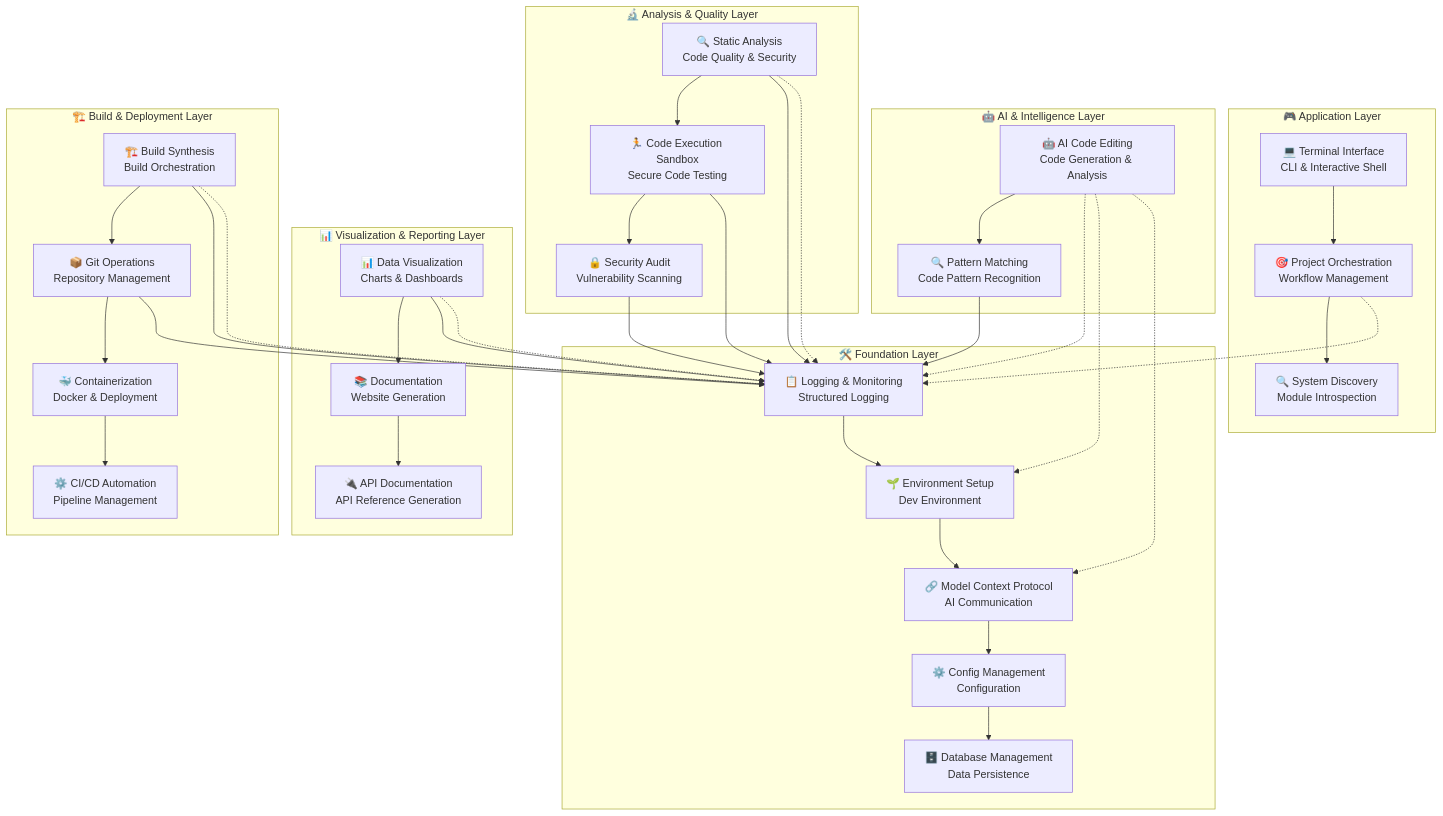
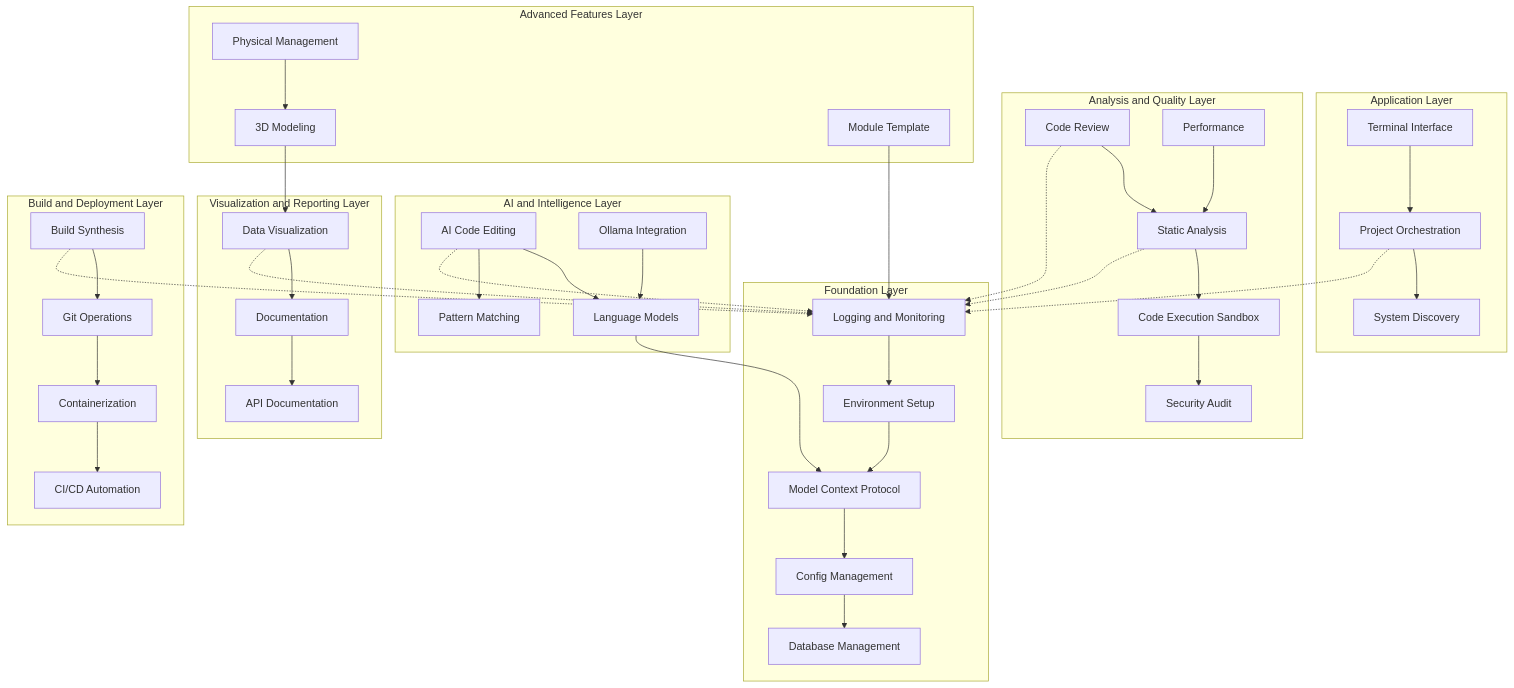
Before and after one commit to docxology/codomyrmex: the first of 2 diagrams in README.md, drawn with Mermaid. The commit also changed other lines of this file and 22 other files, not shown here.

````diff
--- a/README.md
+++ b/README.md
@@ -396,41 +553,51 @@
 ```mermaid
 graph TB
-    subgraph "🎮 Application Layer"
-        TerminalInterface["💻 Terminal Interface<br/>CLI & Interactive Shell"]
-        ProjectOrchestration["🎯 Project Orchestration<br/>Workflow Management"]
-        SystemDiscovery["🔍 System Discovery<br/>Module Introspection"]
+    subgraph applicationLayer [Application Layer]
+        TerminalInterface[Terminal Interface]
+        ProjectOrchestration[Project Orchestration]
+        SystemDiscovery[System Discovery]
     end
 
-    subgraph "🤖 AI & Intelligence Layer"
-        AICodeEditing["🤖 AI Code Editing<br/>Code Generation & Analysis"]
-        PatternMatching["🔍 Pattern Matching<br/>Code Pattern Recognition"]
+    subgraph aiLayer [AI and Intelligence Layer]
+        AICodeEditing[AI Code Editing]
+        PatternMatching[Pattern Matching]
+        LanguageModels[Language Models]
+        OllamaIntegration[Ollama Integration]
     end
 
-    subgraph "🔬 Analysis & Quality Layer"
-        StaticAnalysis["🔍 Static Analysis<br/>Code Quality & Security"]
-        CodeExecution["🏃 Code Execution Sandbox<br/>Secure Code Testing"]
-        SecurityAudit["🔒 Security Audit<br/>Vulnerability Scanning"]
+    subgraph analysisLayer [Analysis and Quality Layer]
+        StaticAnalysis[Static Analysis]
+        CodeExecution[Code Execution Sandbox]
+        SecurityAudit[Security Audit]
+        CodeReview[Code Review]
+        Performance[Performance]
     end
 
-    subgraph "📊 Visualization & Reporting Layer"
-        DataVisualization["📊 Data Visualization<br/>Charts & Dashboards"]
-        Documentation["📚 Documentation<br/>Website Generation"]
-        ApiDocumentation["🔌 API Documentation<br/>API Reference Generation"]
+    subgraph visualizationLayer [Visualization and Reporting Layer]
+        DataVisualization[Data Visualization]
+        Documentation[Documentation]
+        ApiDocumentation[API Documentation]
     end
 
-    subgraph "🏗️ Build & Deployment Layer"
-        BuildSynthesis["🏗️ Build Synthesis<br/>Build Orchestration"]
-        GitOperations["📦 Git Operations<br/>Repository Management"]
-        Containerization["🐳 Containerization<br/>Docker & Deployment"]
-        CiCdAutomation["⚙️ CI/CD Automation<br/>Pipeline Management"]
+    subgraph buildLayer [Build and Deployment Layer]
+        BuildSynthesis[Build Synthesis]
+        GitOperations[Git Operations]
+        Containerization[Containerization]
+        CiCdAutomation[CI/CD Automation]
     end
 
-    subgraph "🛠️ Foundation Layer"
-        LoggingMonitoring["📋 Logging & Monitoring<br/>Structured Logging"]
-        EnvironmentSetup["🌱 Environment Setup<br/>Dev Environment"]
-        ModelContextProtocol["🔗 Model Context Protocol<br/>AI Communication"]
-        ConfigManagement["⚙️ Config Management<br/>Configuration"]
-        DatabaseManagement["🗄️ Database Management<br/>Data Persistence"]
+    subgraph foundationLayer [Foundation Layer]
+        LoggingMonitoring[Logging and Monitoring]
+        EnvironmentSetup[Environment Setup]
+        ModelContextProtocol[Model Context Protocol]
+        ConfigManagement[Config Management]
+        DatabaseManagement[Database Management]
+    end
+
+    subgraph advancedLayer [Advanced Features Layer]
+        Modeling3D[3D Modeling]
+        PhysicalManagement[Physical Management]
+        ModuleTemplate[Module Template]
     end
 
     %% Application Layer Connections
@@ -438,27 +605,25 @@
     ProjectOrchestration --> SystemDiscovery
 
     %% AI Layer Connections
+    AICodeEditing --> LanguageModels
     AICodeEditing --> PatternMatching
-    PatternMatching --> LoggingMonitoring
+    OllamaIntegration --> LanguageModels
+    LanguageModels --> ModelContextProtocol
 
     %% Analysis Layer Connections
     StaticAnalysis --> CodeExecution
+    CodeReview --> StaticAnalysis
     CodeExecution --> SecurityAudit
-    StaticAnalysis --> LoggingMonitoring
-    CodeExecution --> LoggingMonitoring
-    SecurityAudit --> LoggingMonitoring
+    Performance --> StaticAnalysis
 
     %% Visualization Layer Connections
     DataVisualization --> Documentation
     Documentation --> ApiDocumentation
-    DataVisualization --> LoggingMonitoring
 
     %% Build Layer Connections
     BuildSynthesis --> GitOperations
     GitOperations --> Containerization
     Containerization --> CiCdAutomation
-    BuildSynthesis --> LoggingMonitoring
-    GitOperations --> LoggingMonitoring
 
     %% Foundation Layer Connections
     LoggingMonitoring --> EnvironmentSetup
@@ -466,13 +631,16 @@
     ModelContextProtocol --> ConfigManagement
     ConfigManagement --> DatabaseManagement
 
+    %% Advanced Layer Connections
+    Modeling3D --> DataVisualization
+    PhysicalManagement --> Modeling3D
+    ModuleTemplate --> LoggingMonitoring
+
     %% Cross-Layer Dependencies
     AICodeEditing -.-> LoggingMonitoring
-    AICodeEditing -.-> EnvironmentSetup
-    AICodeEditing -.-> ModelContextProtocol
-
     StaticAnalysis -.-> LoggingMonitoring
     DataVisualization -.-> LoggingMonitoring
     BuildSynthesis -.-> LoggingMonitoring
     ProjectOrchestration -.-> LoggingMonitoring
+    CodeReview -.-> LoggingMonitoring
 ```
````
